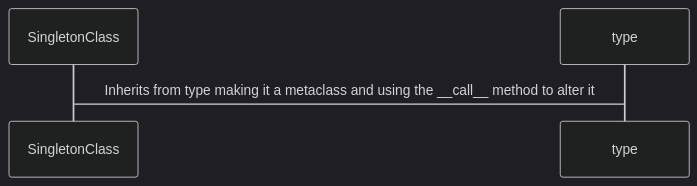
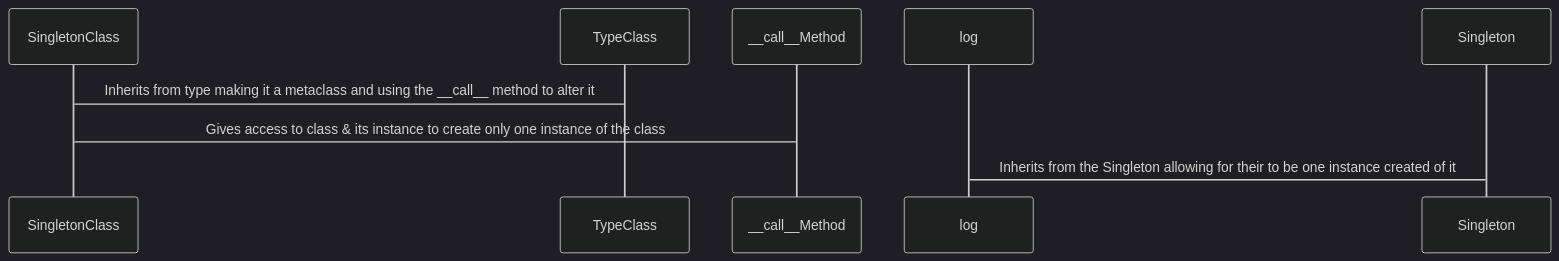
One commit to Alena-Alexander/Design-Pattern changed the second of 3 diagrams in README_DESIGN_PATTERNS.md. Above: the diagram before and after it, drawn with Mermaid (dark theme).

Commit message:
innit commit

````diff
--- a/README_DESIGN_PATTERNS.md
+++ b/README_DESIGN_PATTERNS.md
@@ -135,6 +135,6 @@
 ```mermaid
 sequenceDiagram
-    SingletonClass -> type: Inherits from type making it a metaclass and using the __call__ method to alter it
-    
-    
+    SingletonClass -> TypeClass: Inherits from type making it a metaclass and using the __call__ method to alter it
+    __call__Method -> SingletonClass: Gives access to class & its instance to create only one instance of the class
+    log -> Singleton:Inherits from the Singleton allowing for their to be one instance created of it
 ```
````
